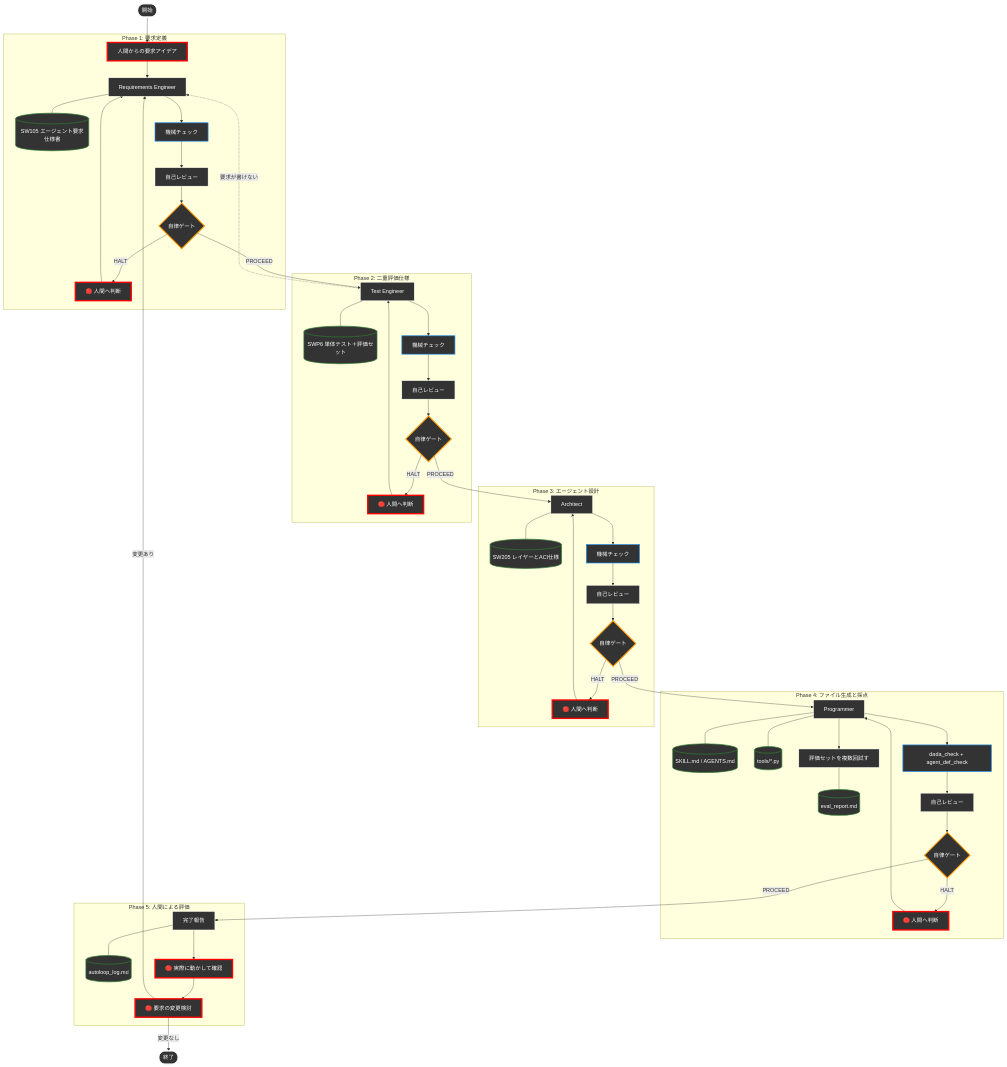
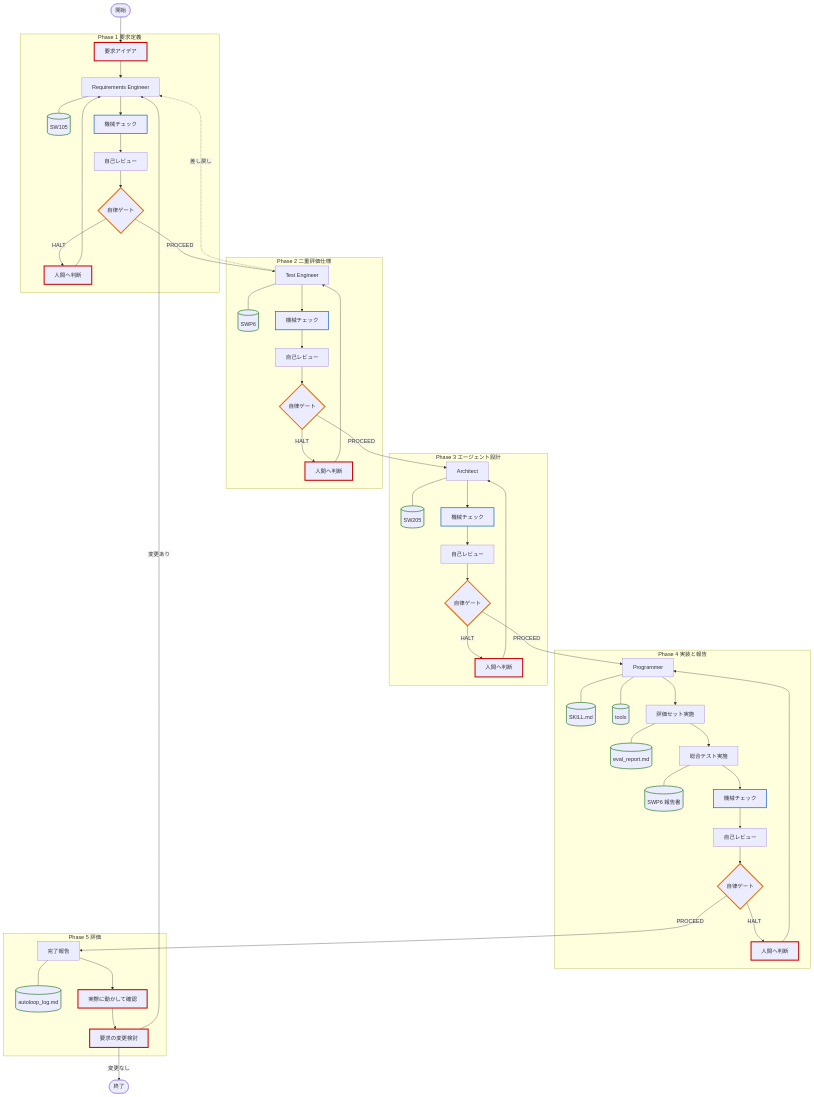
The third of 7 diagrams in README.md (yamaPiT/DADAProcess), drawn with Mermaid before and after one commit. The commit also changed other lines of this file and 32 other files, not shown here.

````diff
--- a/README.md
+++ b/README.md
@@ -273,71 +510,70 @@
 ```mermaid
+%%{init: {"flowchart": {"htmlLabels": false, "wrappingWidth": 999}}}%%
 graph TD
-    Start(["開始"]) --> UserReq["人間からの要求アイデア"]
+    Start(["開始"]) --> UserReq["要求アイデア"]
 
-    subgraph P1 ["Phase 1: 要求定義"]
+    subgraph P1 ["Phase 1 要求定義"]
         UserReq --> Req["Requirements Engineer"]
-        Req --- ReqDoc[("SW105 エージェント要求仕様書")]
+        Req --- ReqDoc[("SW105")]
         Req --> ReqChk["機械チェック"]
         ReqChk --> ReqRev["自己レビュー"]
         ReqRev --> Gate1{"自律ゲート"}
-        Gate1 -- HALT --> Halt1["🔴 人間へ判断"]
+        Gate1 -->|HALT| Halt1["人間へ判断"]
         Halt1 --> Req
     end
 
-    subgraph P2 ["Phase 2: 二重評価仕様"]
-        Gate1 -- PROCEED --> TestPlan["Test Engineer"]
-        TestPlan --- TestDoc[("SWP6 単体テスト＋評価セット")]
+    subgraph P2 ["Phase 2 二重評価仕様"]
+        Gate1 -->|PROCEED| TestPlan["Test Engineer"]
+        TestPlan --- TestDoc[("SWP6")]
         TestPlan --> TestChk["機械チェック"]
         TestChk --> TestRev["自己レビュー"]
         TestRev --> Gate2{"自律ゲート"}
-        Gate2 -- HALT --> Halt2["🔴 人間へ判断"]
+        Gate2 -->|HALT| Halt2["人間へ判断"]
         Halt2 --> TestPlan
     end
-    TestPlan -. 要求が書けない .-> Req
+    TestPlan -.->|差し戻し| Req
 
-    subgraph P3 ["Phase 3: エージェント設計"]
-        Gate2 -- PROCEED --> Arch["Architect"]
-        Arch --- ArchDoc[("SW205 レイヤーとACI仕様")]
+    subgraph P3 ["Phase 3 エージェント設計"]
+        Gate2 -->|PROCEED| Arch["Architect"]
+        Arch --- ArchDoc[("SW205")]
         Arch --> ArchChk["機械チェック"]
         ArchChk --> ArchRev["自己レビュー"]
         ArchRev --> Gate3{"自律ゲート"}
-        Gate3 -- HALT --> Halt3["🔴 人間へ判断"]
+        Gate3 -->|HALT| Halt3["人間へ判断"]
         Halt3 --> Arch
     end
 
-    subgraph P4 ["Phase 4: ファイル生成と採点"]
-        Gate3 -- PROCEED --> Impl["Programmer"]
-        Impl --- SkillDoc[("SKILL.md / AGENTS.md")]
-        Impl --- ToolDoc[("tools/*.py")]
-        Impl --> EvalRun["評価セットを複数回試す"]
+    subgraph P4 ["Phase 4 実装と報告"]
+        Gate3 -->|PROCEED| Impl["Programmer"]
+        Impl --- SkillDoc[("SKILL.md")]
+        Impl --- ToolDoc[("tools")]
+        Impl --> EvalRun["評価セット実施"]
         EvalRun --- EvalDoc[("eval_report.md")]
-        Impl --> CodeChk["dada_check + agent_def_check"]
+        EvalRun --> SysTest["総合テスト実施"]
+        SysTest --- ReportDoc[("SWP6 報告書")]
+        SysTest --> CodeChk["機械チェック"]
         CodeChk --> CodeRev["自己レビュー"]
         CodeRev --> Gate4{"自律ゲート"}
-        Gate4 -- HALT --> Halt4["🔴 人間へ判断"]
+        Gate4 -->|HALT| Halt4["人間へ判断"]
         Halt4 --> Impl
     end
 
-    subgraph P5 ["Phase 5: 人間による評価"]
-        Gate4 -- PROCEED --> Report["完了報告"]
+    subgraph P5 ["Phase 5 評価"]
+        Gate4 -->|PROCEED| Report["完了報告"]
         Report --- AutoLog[("autoloop_log.md")]
-        Report --> Eval1["🔴 実際に動かして確認"]
-        Eval1 --> Eval2["🔴 要求の変更検討"]
+        Report --> Eval1["実際に動かして確認"]
+        Eval1 --> Eval2["要求の変更検討"]
     end
-    Eval2 -- 変更あり --> Req
-    Eval2 -- 変更なし --> End(["終了"])
+    Eval2 -->|変更あり| Req
+    Eval2 -->|変更なし| End(["終了"])
 
-    classDef human fill:#333333,stroke:#ff0000,stroke-width:4px,color:#ffffff;
-    classDef agent fill:#333333,stroke:#FFFFFF,stroke-width:1px,color:#ffffff;
-    classDef doc fill:#333333,stroke:#2e7d32,stroke-width:2px,color:#ffffff;
-    classDef tool fill:#333333,stroke:#1e88e5,stroke-width:2px,color:#ffffff;
-    classDef gate fill:#333333,stroke:#ff9800,stroke-width:3px,color:#ffffff;
-    classDef startEnd fill:#333333,stroke:#ffffff,stroke-width:2px,color:#ffffff;
+    classDef human stroke:#cc0000,stroke-width:3px;
+    classDef tool stroke:#1565c0,stroke-width:2px;
+    classDef doc stroke:#2e7d32,stroke-width:2px;
+    classDef gate stroke:#ef6c00,stroke-width:3px;
 
     class UserReq,Halt1,Halt2,Halt3,Halt4,Eval1,Eval2 human;
-    class Req,ReqRev,Arch,ArchRev,TestPlan,TestRev,Impl,EvalRun,CodeRev,Report agent;
     class ReqChk,TestChk,ArchChk,CodeChk tool;
-    class ReqDoc,ArchDoc,SkillDoc,ToolDoc,TestDoc,EvalDoc,AutoLog doc;
+    class ReqDoc,ArchDoc,SkillDoc,ToolDoc,TestDoc,EvalDoc,ReportDoc,AutoLog doc;
     class Gate1,Gate2,Gate3,Gate4 gate;
-    class Start,End startEnd;
 ```
````
